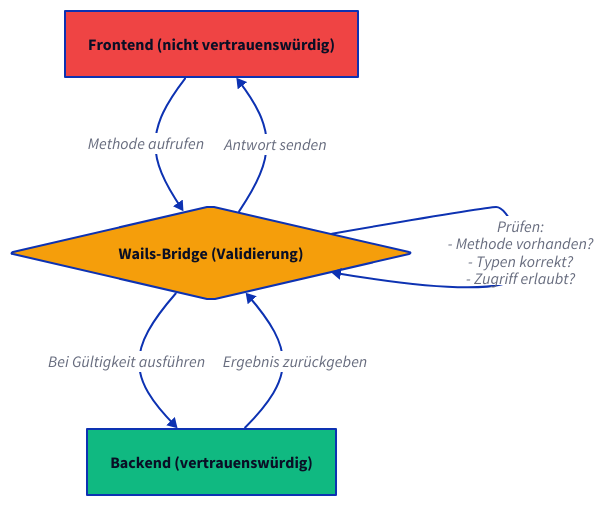
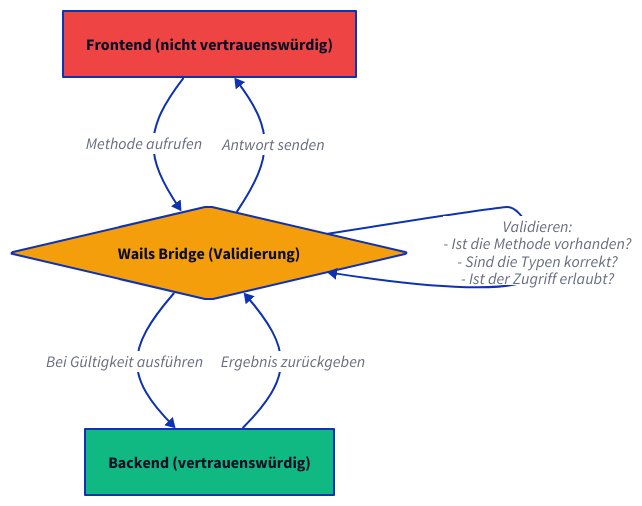
Before and after one commit to wailsapp/wails: the eighth of 8 diagrams in docs/mpress/content/de/concepts/architecture.md, drawn with D2. The commit also changed other lines of this file and 1096 other files, not shown here.

````diff
--- a/docs/mpress/content/de/concepts/architecture.md
+++ b/docs/mpress/content/de/concepts/architecture.md
@@ -559,24 +559,24 @@
 ```d2
 direction: down
 
 Frontend: Frontend (nicht vertrauenswürdig) {
   shape: rectangle
   style.fill: "#EF4444"
 }
 
-Bridge: Wails-Bridge (Validierung) {
+Bridge: Wails Bridge (Validierung) {
   shape: diamond
   style.fill: "#F59E0B"
 }
 
 Backend: Backend (vertrauenswürdig) {
   shape: rectangle
   style.fill: "#10B981"
 }
 
 Frontend -> Bridge: Methode aufrufen
-Bridge -> Bridge: "Prüfen:\n- Methode vorhanden?\n- Typen korrekt?\n- Zugriff erlaubt?"
+Bridge -> Bridge: "Validieren:\n- Ist die Methode vorhanden?\n- Sind die Typen korrekt?\n- Ist der Zugriff erlaubt?"
 Bridge -> Backend: Bei Gültigkeit ausführen
 Backend -> Bridge: Ergebnis zurückgeben
 Bridge -> Frontend: Antwort senden
 ```
````
